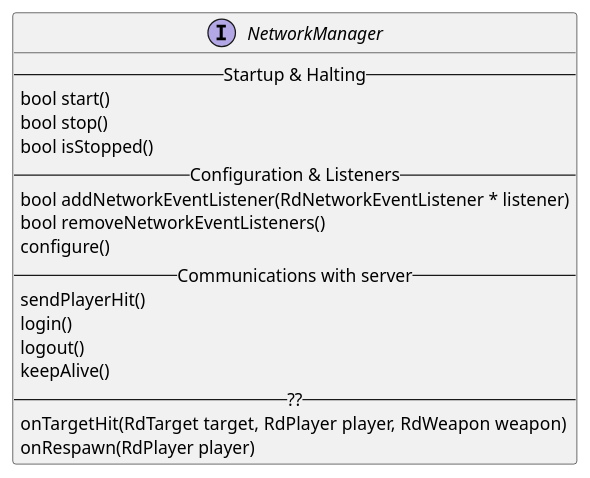
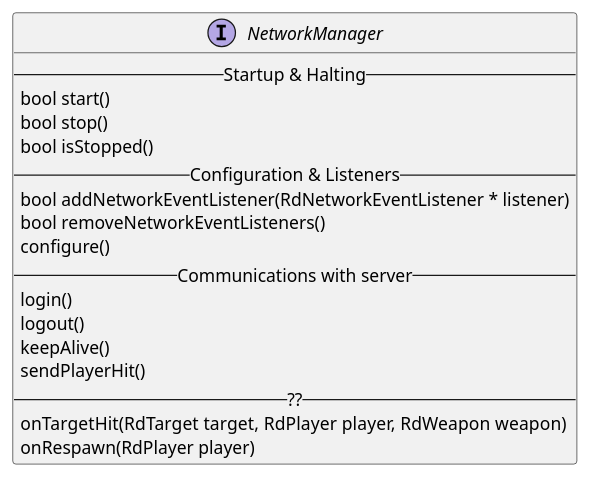
Before and after one commit to asrob-uc3m/robotDevastation-developer-manual: the diagram in en/network-manager.md, drawn with PlantUML. The commit also changed other lines of this file, not shown here.

```diff
--- a/en/network-manager.md
+++ b/en/network-manager.md
@@ -4,20 +4,20 @@
 {% plantuml %}
 interface NetworkManager {
 --Startup & Halting--
 bool start()
 bool stop()
 bool isStopped()
 -- Configuration & Listeners --
 bool addNetworkEventListener(RdNetworkEventListener * listener)
 bool removeNetworkEventListeners()
 configure()
 -- Communications with server --
-sendPlayerHit()
 login()
 logout()
 keepAlive()
+sendPlayerHit()
 -- ?? --
 onTargetHit(RdTarget target, RdPlayer player, RdWeapon weapon)
 onRespawn(RdPlayer player)
 }
 {% endplantuml %}
```
